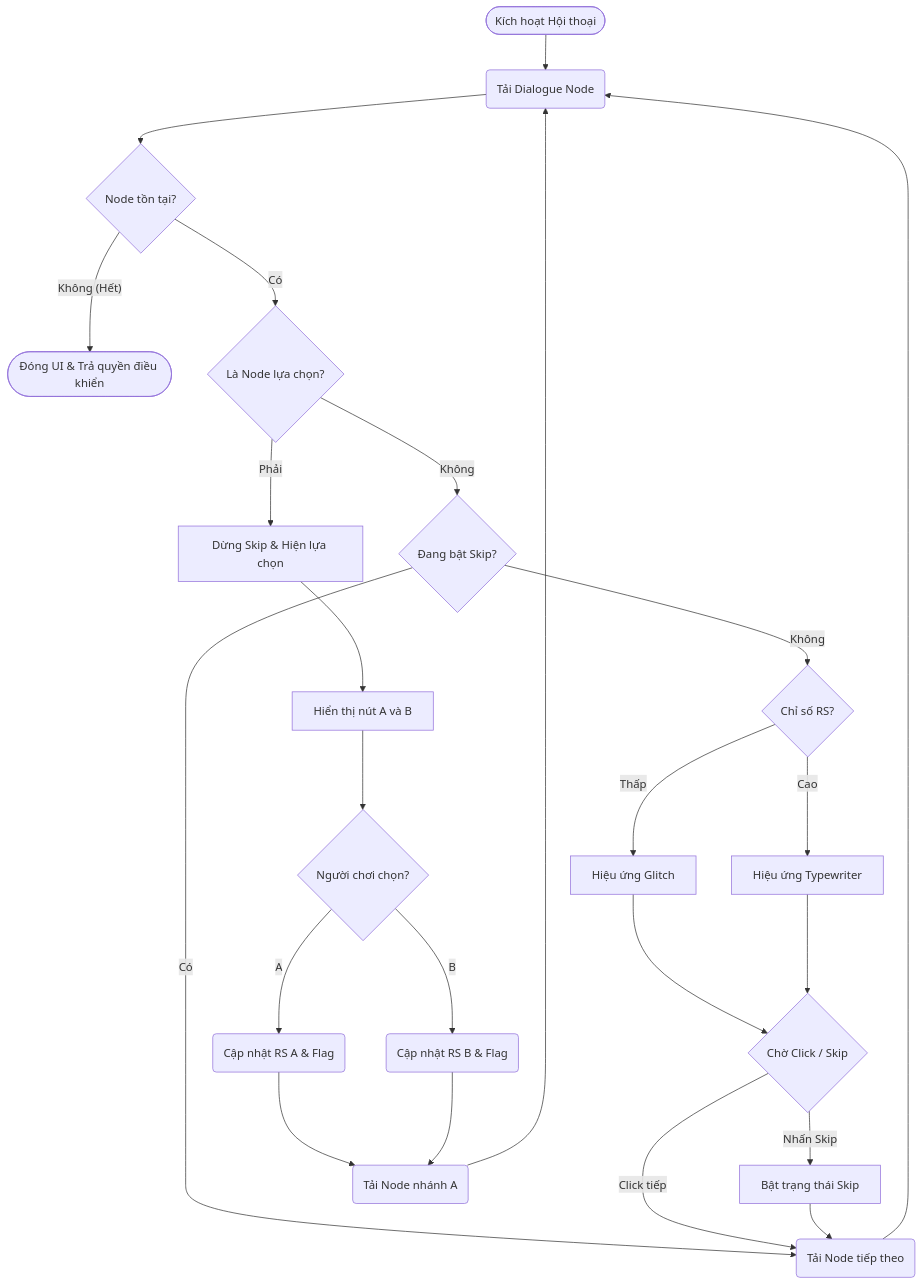
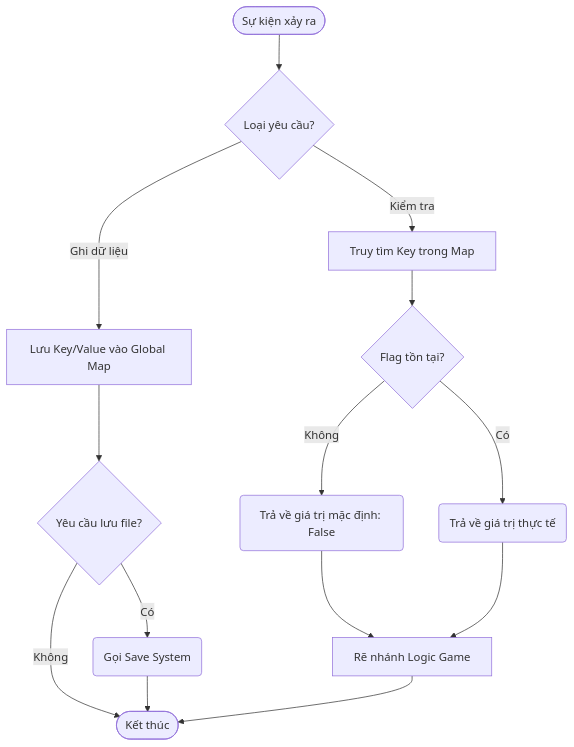
One commit to trieuwu/Gnivol changed the third of 4 diagrams in UML/Sequence.md. Above: the diagram before and after it, drawn with Mermaid. The commit also changed other lines of this file and 1 other file, not shown here.

Commit message:
update DIalogue UML

````diff
--- a/UML/Sequence.md
+++ b/UML/Sequence.md
@@ -1,39 +48,22 @@
 ```mermaid
 flowchart TD
-    Start([Kích hoạt Hội thoại]) --> LoadNode(Tải Dialogue Node)
+    Start([Sự kiện xảy ra]) --> RequestType{Loại yêu cầu?}
+    
+    %% Luồng cập nhật
+    RequestType -- "Ghi dữ liệu" --> UpdateFlag[Lưu Key/Value vào Global Map]
+    UpdateFlag --> AutoSave{Yêu cầu lưu file?}
+    AutoSave -- "Có" --> TriggerSave(Gọi Save System)
+    AutoSave -- "Không" --> End([Kết thúc])
+    TriggerSave --> End
 
-%% Kiểm tra điểm dừng ngay khi nạp
-    LoadNode --> ExistCheck{Node tồn tại?}
-    ExistCheck -- "Không (Hết)" --> EndDialogue([Đóng UI & Trả quyền điều khiển])
-
-%% Nếu tồn tại thì mới chạy tiếp logic
-    ExistCheck -- "Có" --> IsDecision{Là Node lựa chọn?}
-
-    IsDecision -- "Phải" --> StopSkip[Dừng Skip & Hiện lựa chọn]
-    StopSkip --> ShowChoices[Hiển thị nút A và B]
-
-    IsDecision -- "Không" --> SkipCheck{Đang bật Skip?}
-
-    SkipCheck -- "Có" --> AutoNext(Tải Node tiếp theo)
-    AutoNext --> LoadNode
-
-    SkipCheck -- "Không" --> RSCheck{Chỉ số RS?}
-    RSCheck -- "Thấp" --> Glitch[Hiệu ứng Glitch]
-    RSCheck -- "Cao" --> Typewriter[Hiệu ứng Typewriter]
-
-    Glitch --> WaitInput{Chờ Click / Skip}
-    Typewriter --> WaitInput
-
-    WaitInput -- "Nhấn Skip" --> SetSkip[Bật trạng thái Skip]
-    WaitInput -- "Click tiếp" --> AutoNext
-    SetSkip --> AutoNext
-
-    UserSelect{Người chơi chọn?}
-    ShowChoices --> UserSelect
-    UserSelect -- "A" --> UpdateRSA(Cập nhật RS A & Flag)
-    UserSelect -- "B" --> UpdateRSB(Cập nhật RS B & Flag)
-
-    UpdateRSA --> NextBranch(Tải Node nhánh A)
-    UpdateRSB --> NextBranch
-    NextBranch --> LoadNode
+    %% Luồng truy vấn (Dùng cho rẽ nhánh)
+    RequestType -- "Kiểm tra" --> QueryMap[Truy tìm Key trong Map]
+    QueryMap --> ExistCheck{Flag tồn tại?}
+    
+    ExistCheck -- "Không" --> DefaultValue(Trả về giá trị mặc định: False)
+    ExistCheck -- "Có" --> GetValue(Trả về giá trị thực tế)
+    
+    DefaultValue --> LogicBranch[Rẽ nhánh Logic Game]
+    GetValue --> LogicBranch
+    LogicBranch --> End
 ```
````
